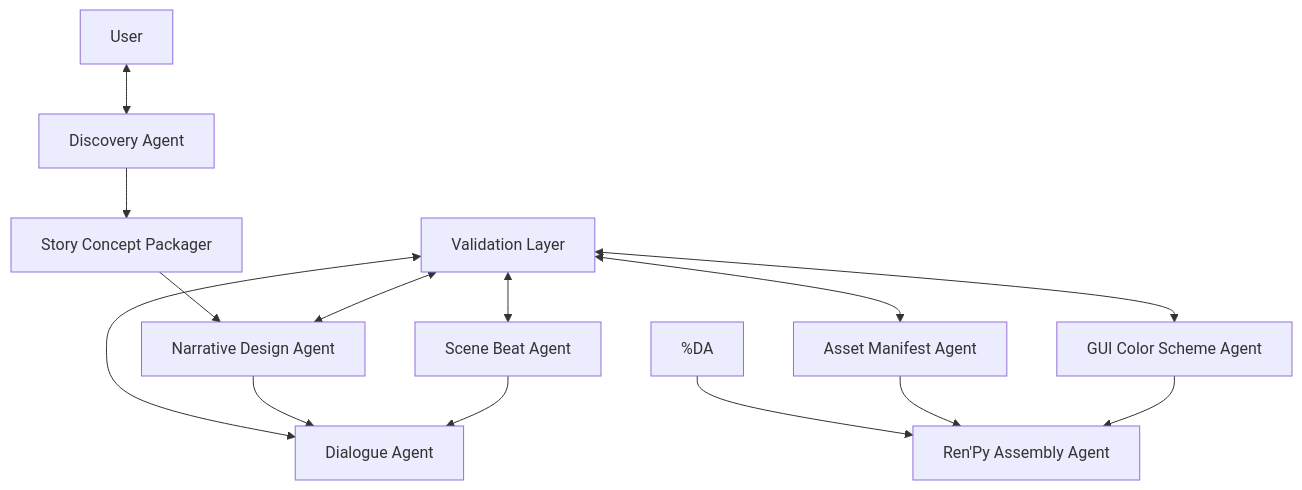
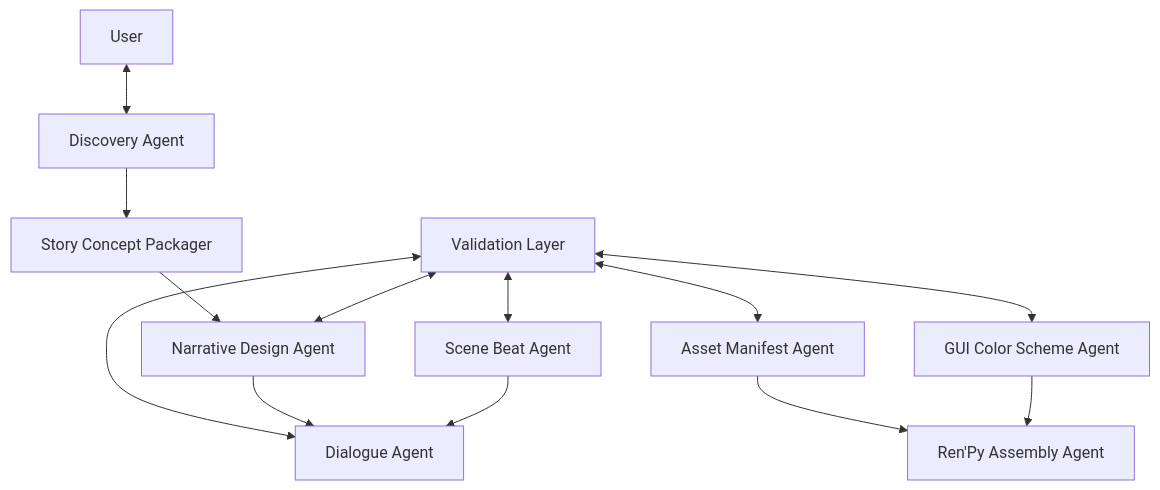
The diagram in README.md (danglenzig/KARLA_PROD), drawn with Mermaid before and after one commit.

Commit message:
Fix formatting for DA to RP mapping in README

````diff
--- a/README.md
+++ b/README.md
@@ -118,32 +118,32 @@
 ```mermaid
 graph TD
     US[User]
     DI[Discovery Agent]
     CP[Story Concept Packager]
     ND[Narrative Design Agent]
     SB[Scene Beat Agent]
     DA[Dialogue Agent]
     AM[Asset Manifest Agent]
     CA[GUI Color Scheme Agent]
     RP[Ren'Py Assembly Agent]
     QA[Validation Layer]
 
     US <--> DI
     DI --> CP
     CP --> ND
     %%ND --> QA
     QA <--> SB
     QA <--> AM
     QA <--> CA
     QA <--> ND
     QA <--> DA
     %%SB --> QA
     ND --> DA
     SB --> DA
     %%DA --> QA
     %%AM --> QA
     %%CA --> QA
-    %DA --> RP
+    %%DA --> RP
     AM --> RP
     CA --> RP
 ```
````
